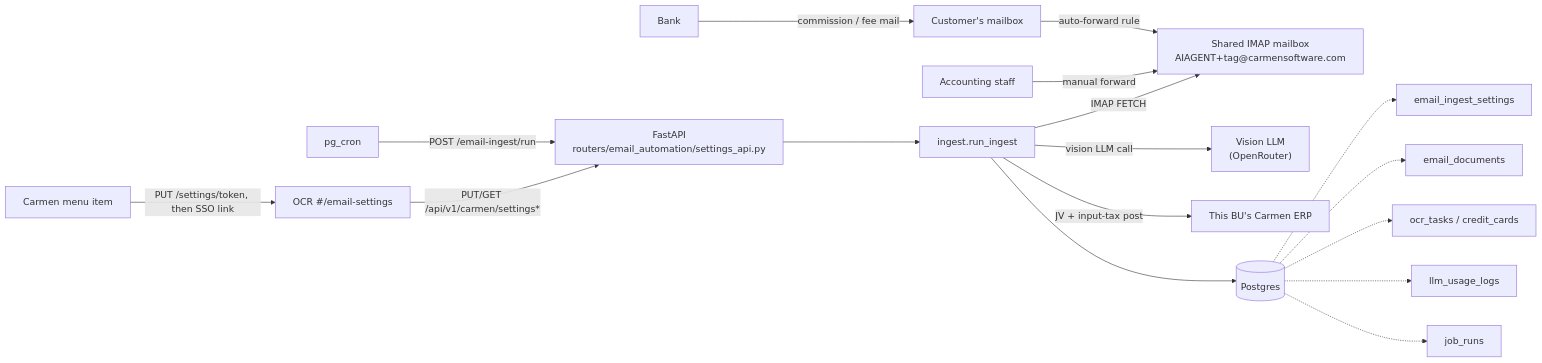
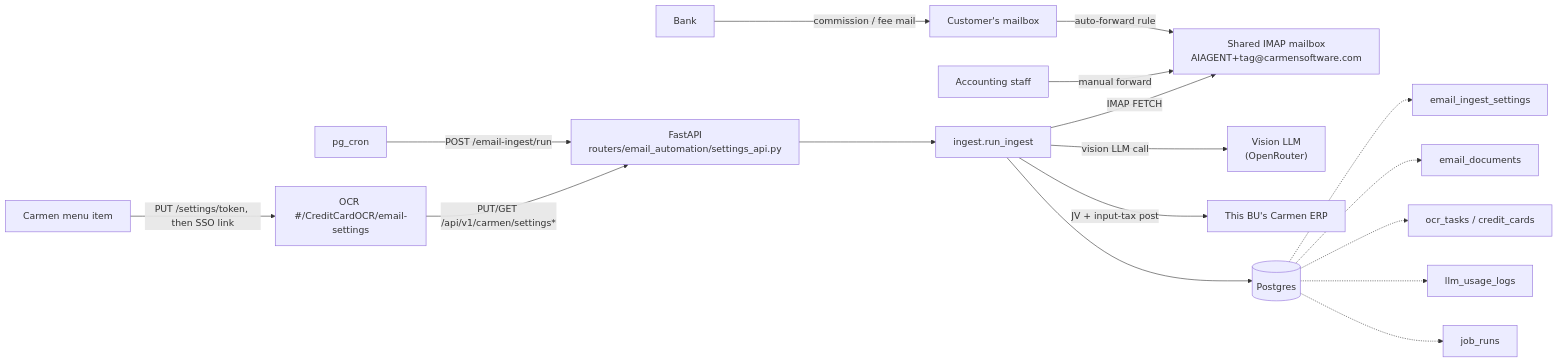
Before and after one commit to developer-carmensoftware/OCR: the first of 8 diagrams in docs/email-automation/02-architecture.md, drawn with Mermaid. The commit also changed other lines of this file and 32 other files, not shown here.

First line of the commit message:
feat(email-settings): move the settings page to #/CreditCardOCR/email-settings

````diff
--- a/docs/email-automation/02-architecture.md
+++ b/docs/email-automation/02-architecture.md
@@ -10,22 +10,22 @@
 ```mermaid
 flowchart LR
     Bank["Bank"] -->|"commission / fee mail"| CustMbx["Customer's mailbox"]
     CustMbx -->|"auto-forward rule"| Shared["Shared IMAP mailbox\nAIAGENT+tag@carmensoftware.com"]
     Staff["Accounting staff"] -->|"manual forward"| Shared
 
     Cron["pg_cron"] -->|"POST /email-ingest/run"| API["FastAPI\nrouters/email_automation/settings_api.py"]
     API --> Ingest["ingest.run_ingest"]
     Ingest -->|"IMAP FETCH"| Shared
     Ingest -->|"vision LLM call"| Vision["Vision LLM\n(OpenRouter)"]
     Ingest -->|"JV + input-tax post"| Carmen["This BU's Carmen ERP"]
 
-    CarmenMenu["Carmen menu item"] -->|"PUT /settings/token, then SSO link"| Settings["OCR #/email-settings"]
+    CarmenMenu["Carmen menu item"] -->|"PUT /settings/token, then SSO link"| Settings["OCR #/CreditCardOCR/email-settings"]
     Settings -->|"PUT/GET /api/v1/carmen/settings*"| API
 
     Ingest --> DB[("Postgres")]
     DB -.-> T1["email_ingest_settings"]
     DB -.-> T2["email_documents"]
     DB -.-> T3["ocr_tasks / credit_cards"]
     DB -.-> T4["llm_usage_logs"]
     DB -.-> T5["job_runs"]
 ```
````
